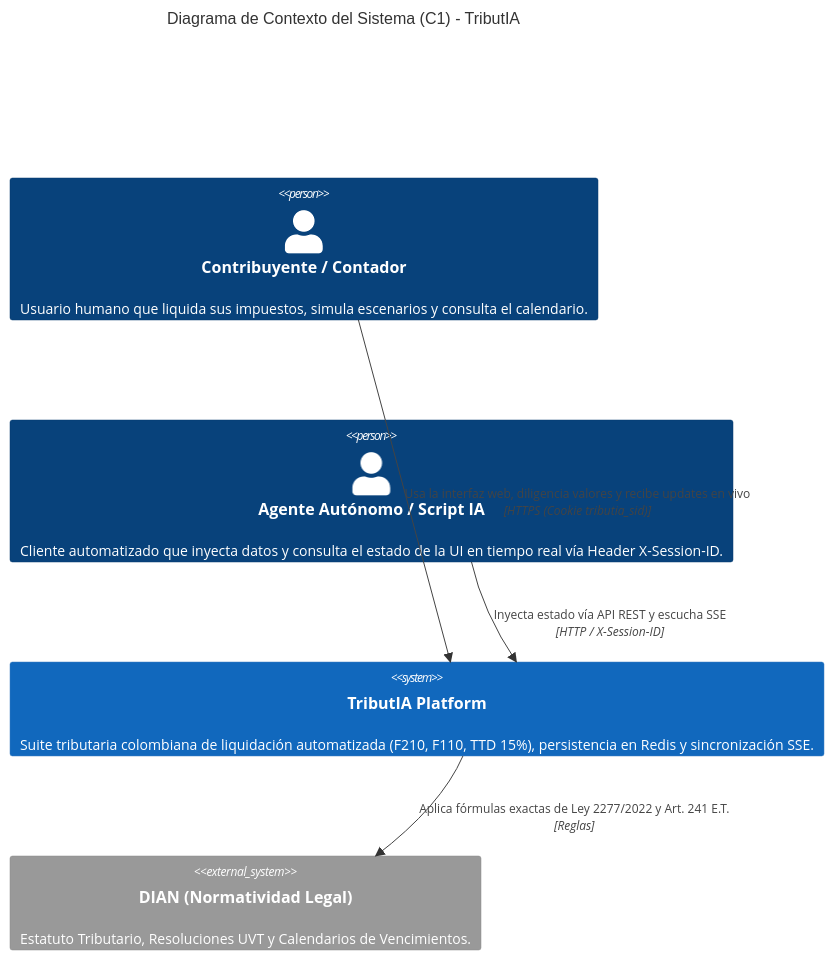
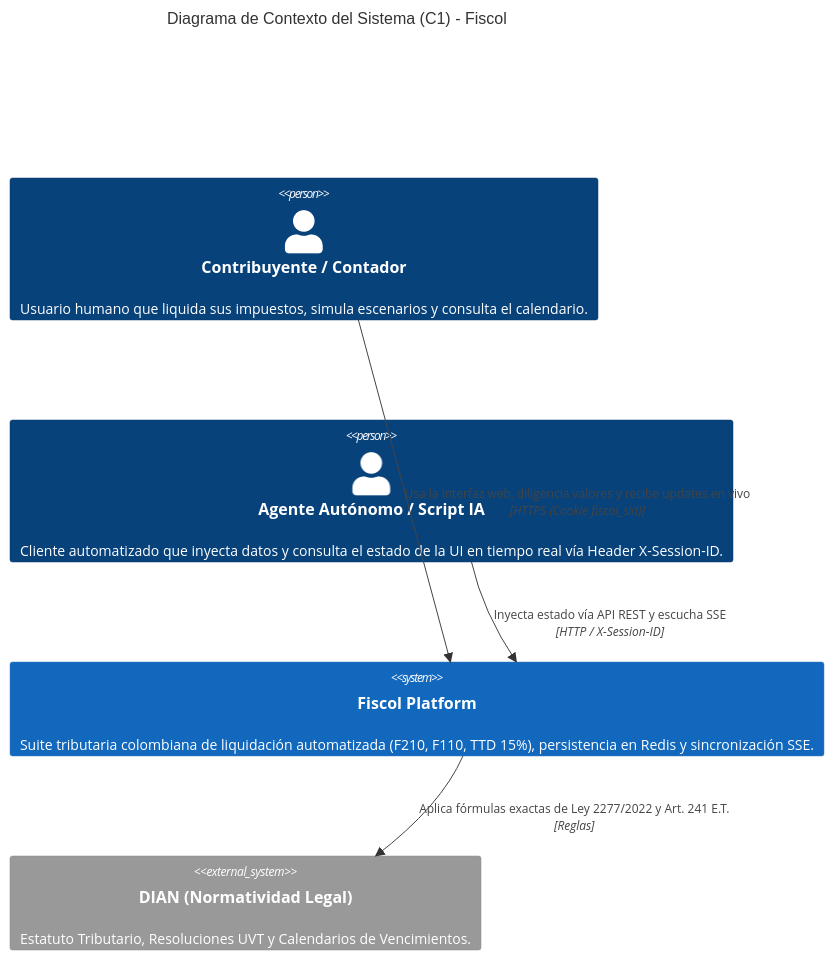
The first of 3 diagrams in docs/reference/architecture/c4/architecture-c4.md (juansebashr/tribut-ia), drawn with Mermaid before and after one commit. The commit also changed other lines of this file and 109 other files, not shown here.

Commit message:
feat(suite): rebranding a Fiscol, comparacion patrimonial, tributacion en pareja y skill control-comparacion-patrimonial

````diff
--- a/docs/reference/architecture/c4/architecture-c4.md
+++ b/docs/reference/architecture/c4/architecture-c4.md
@@ -11,15 +11,15 @@
 ```mermaid
 C4Context
-title Diagrama de Contexto del Sistema (C1) - TributIA
+title Diagrama de Contexto del Sistema (C1) - Fiscol
 
 Person(user, "Contribuyente / Contador", "Usuario humano que liquida sus impuestos, simula escenarios y consulta el calendario.")
 Person(agent, "Agente Autónomo / Script IA", "Cliente automatizado que inyecta datos y consulta el estado de la UI en tiempo real vía Header X-Session-ID.")
 
-System(tributia, "TributIA Platform", "Suite tributaria colombiana de liquidación automatizada (F210, F110, TTD 15%), persistencia en Redis y sincronización SSE.")
+System(fiscol, "Fiscol Platform", "Suite tributaria colombiana de liquidación automatizada (F210, F110, TTD 15%), persistencia en Redis y sincronización SSE.")
 
 System_Ext(dian, "DIAN (Normatividad Legal)", "Estatuto Tributario, Resoluciones UVT y Calendarios de Vencimientos.")
 
-Rel(user, tributia, "Usa la interfaz web, diligencia valores y recibe updates en vivo", "HTTPS (Cookie tributia_sid)")
-Rel(agent, tributia, "Inyecta estado vía API REST y escucha SSE", "HTTP / X-Session-ID")
-Rel(tributia, dian, "Aplica fórmulas exactas de Ley 2277/2022 y Art. 241 E.T.", "Reglas")
+Rel(user, fiscol, "Usa la interfaz web, diligencia valores y recibe updates en vivo", "HTTPS (Cookie fiscol_sid)")
+Rel(agent, fiscol, "Inyecta estado vía API REST y escucha SSE", "HTTP / X-Session-ID")
+Rel(fiscol, dian, "Aplica fórmulas exactas de Ley 2277/2022 y Art. 241 E.T.", "Reglas")
 ```
````
